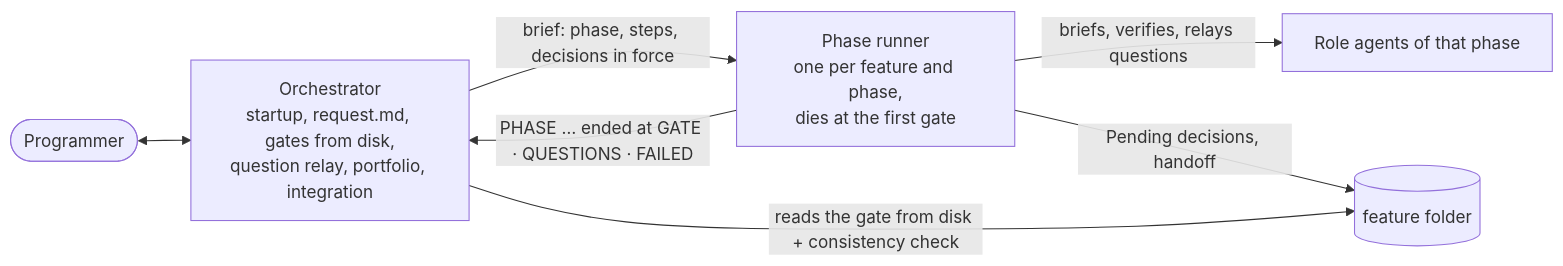
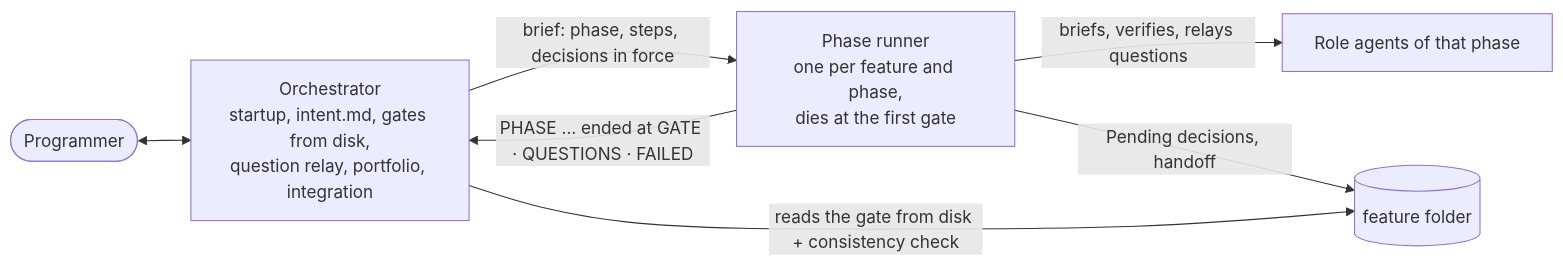
Diagram 11 of 11 in docs/architecture.md (mariopedemonte12/claude-feature-workflow), drawn with Mermaid before and after one commit. The commit also changed other lines of this file and 18 other files, not shown here.

First line of the commit message:
Keep an evolving intent record instead of a fixed request

````diff
--- a/docs/architecture.md
+++ b/docs/architecture.md
@@ -363,9 +363,9 @@
 ```mermaid
 flowchart LR
-    P(["Programmer"]) <--> O["Orchestrator<br/>startup, request.md, gates from disk,<br/>question relay, portfolio, integration"]
+    P(["Programmer"]) <--> O["Orchestrator<br/>startup, intent.md, gates from disk,<br/>question relay, portfolio, integration"]
     O -->|"brief: phase, steps, decisions in force"| PR["Phase runner<br/>one per feature and phase,<br/>dies at the first gate"]
     PR -->|"briefs, verifies, relays questions"| RO["Role agents of that phase"]
     PR -->|"Pending decisions, handoff"| DK[("feature folder")]
     PR -->|"PHASE … ended at GATE · QUESTIONS · FAILED"| O
     O -->|"reads the gate from disk + consistency check"| DK
 ```
````
